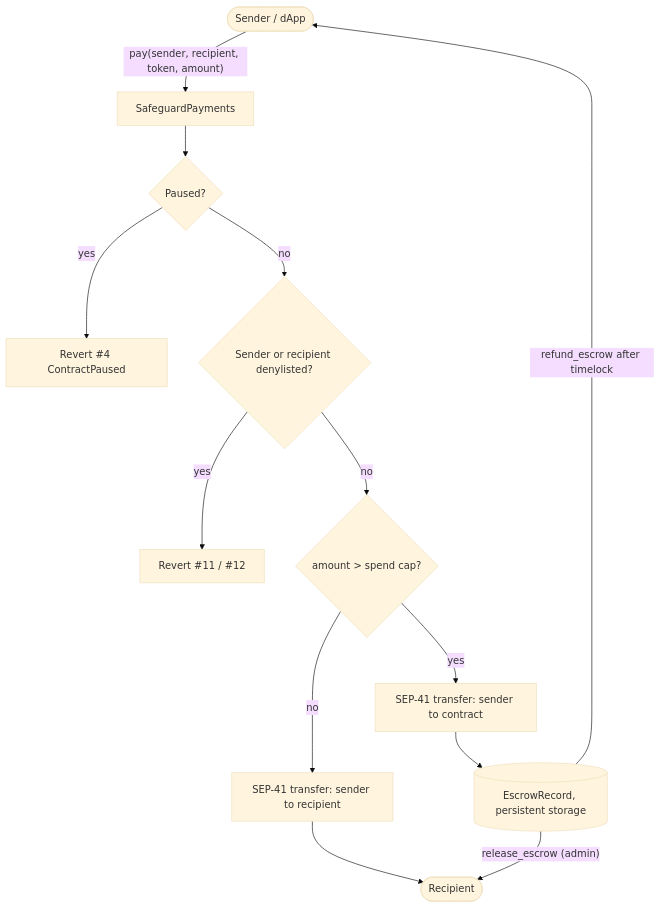
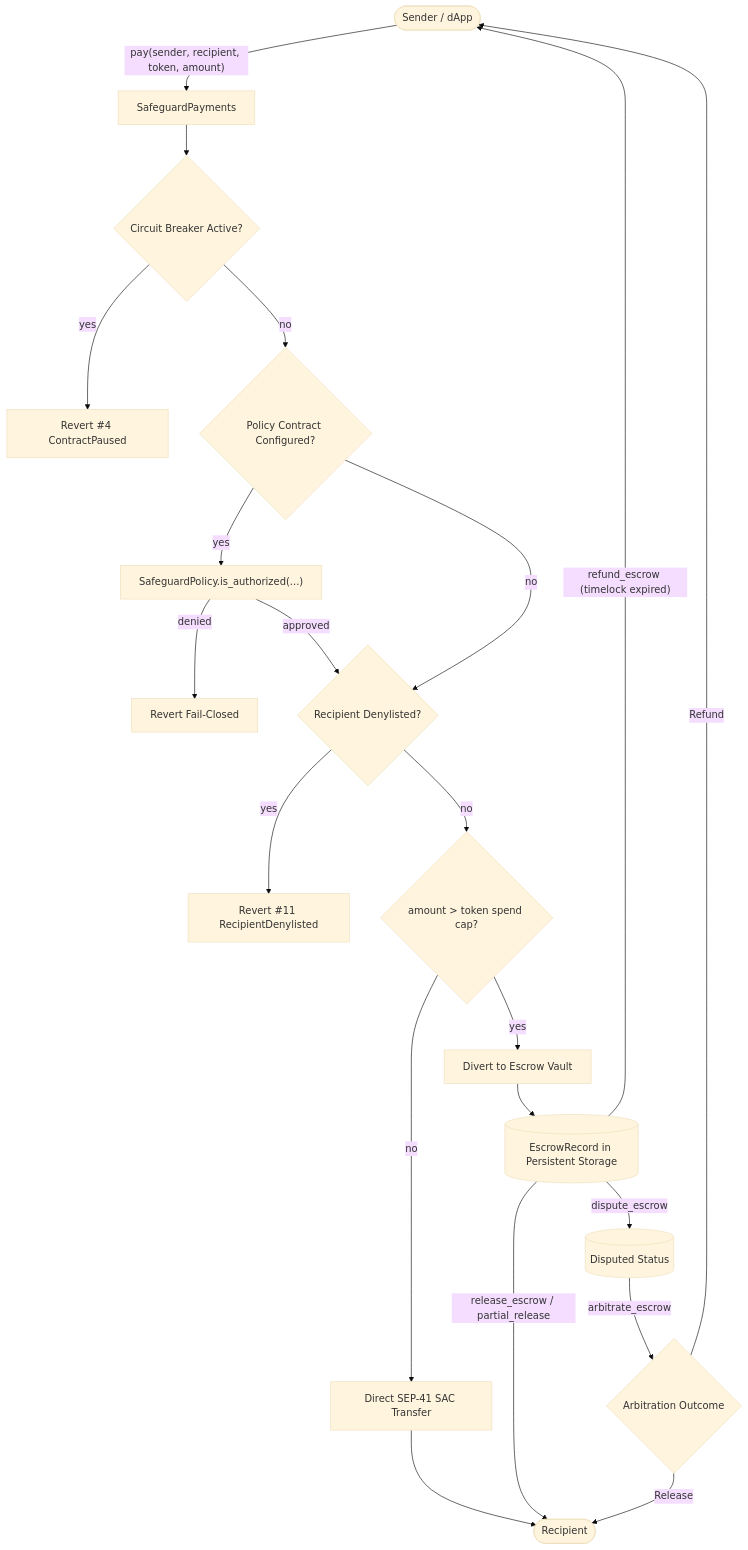
The diagram in README.md (Safeguard-Inc/safeguard-contracts), drawn with Mermaid (base theme) before and after one commit. The commit also changed other lines of this file and 10 other files, not shown here.

````diff
--- a/README.md
+++ b/README.md
@@ -88,15 +85,23 @@
 ```mermaid
 flowchart TD
     Sender(["Sender / dApp"]) -->|"pay(sender, recipient, token, amount)"| Pay["SafeguardPayments"]
-    Pay --> Paused{"Paused?"}
+    Pay --> Paused{"Circuit Breaker Active?"}
     Paused -->|"yes"| E4["Revert #4 ContractPaused"]
-    Paused -->|"no"| Deny{"Sender or recipient denylisted?"}
-    Deny -->|"yes"| E11["Revert #11 / #12"]
-    Deny -->|"no"| Cap{"amount > spend cap?"}
-    Cap -->|"no"| Direct["SEP-41 transfer: sender to recipient"]
+    Paused -->|"no"| PolicyCheck{"Policy Contract Configured?"}
+    PolicyCheck -->|"yes"| Evaluate["SafeguardPolicy.is_authorized(...)"]
+    Evaluate -->|"denied"| EAuth["Revert Fail-Closed"]
+    Evaluate -->|"approved"| DenyCheck{"Recipient Denylisted?"}
+    PolicyCheck -->|"no"| DenyCheck
+    DenyCheck -->|"yes"| E11["Revert #11 RecipientDenylisted"]
+    DenyCheck -->|"no"| CapCheck{"amount > token spend cap?"}
+    CapCheck -->|"no"| Direct["Direct SEP-41 SAC Transfer"]
     Direct --> Recipient(["Recipient"])
-    Cap -->|"yes"| Escrow["SEP-41 transfer: sender to contract"]
-    Escrow --> Vault[("EscrowRecord, persistent storage")]
-    Vault -->|"release_escrow (admin)"| Recipient
-    Vault -->|"refund_escrow after timelock"| Sender
+    CapCheck -->|"yes"| Escrow["Divert to Escrow Vault"]
+    Escrow --> Vault[("EscrowRecord in Persistent Storage")]
+    Vault -->|"release_escrow / partial_release"| Recipient
+    Vault -->|"dispute_escrow"| Disputed[("Disputed Status")]
+    Disputed -->|"arbitrate_escrow"| Resolution{"Arbitration Outcome"}
+    Resolution -->|"Release"| Recipient
+    Resolution -->|"Refund"| Sender
+    Vault -->|"refund_escrow (timelock expired)"| Sender
 ```
````
